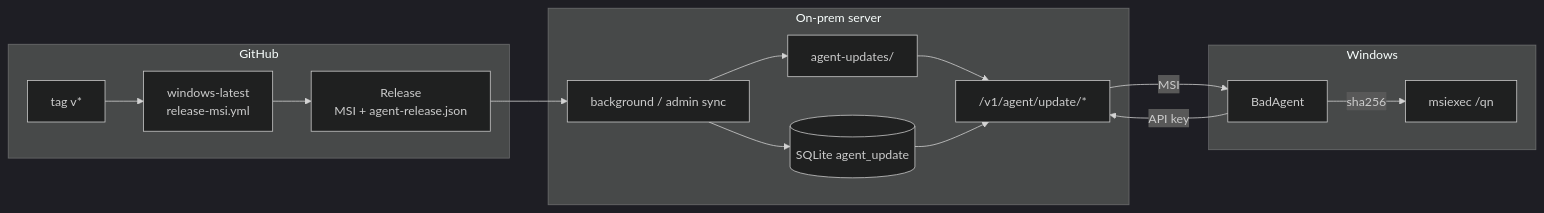
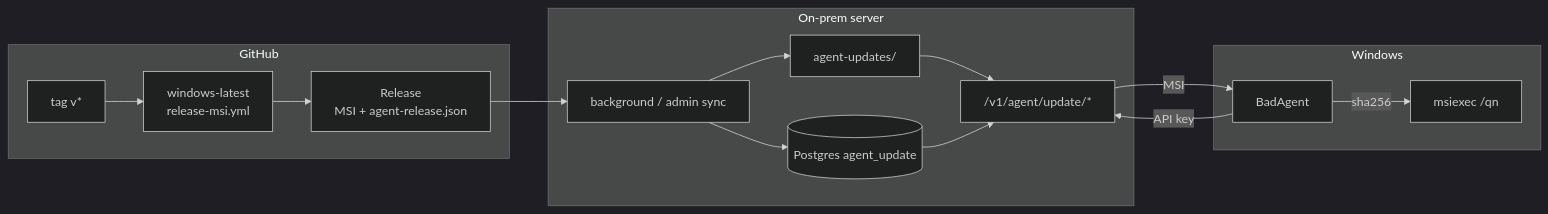
The third of 3 diagrams in docs/architecture.md (blazerity/bAD), drawn with Mermaid (dark theme) before and after one commit. The commit also changed other lines of this file and 2 other files, not shown here.

First line of the commit message:
docs: канон только Postgres, без SQLite

````diff
--- a/docs/architecture.md
+++ b/docs/architecture.md
@@ -80,26 +80,26 @@
 ```mermaid
 flowchart LR
   subgraph GH["GitHub"]
     TAG["tag v*"]
     GHA["windows-latest\nrelease-msi.yml"]
     REL["Release\nMSI + agent-release.json"]
     TAG --> GHA --> REL
   end
   subgraph Deb2["On-prem server"]
     SYNC["background / admin sync"]
     STORE2["agent-updates/"]
-    DB2[("SQLite agent_update")]
+    DB2[("Postgres agent_update")]
     UAPI["/v1/agent/update/*"]
     REL --> SYNC --> STORE2
     SYNC --> DB2
     STORE2 --> UAPI
     DB2 --> UAPI
   end
   subgraph Win2["Windows"]
     AG["BadAgent"]
     MSI["msiexec /qn"]
     AG -->|API key| UAPI
     UAPI -->|MSI| AG
     AG -->|sha256| MSI
   end
 ```
````
